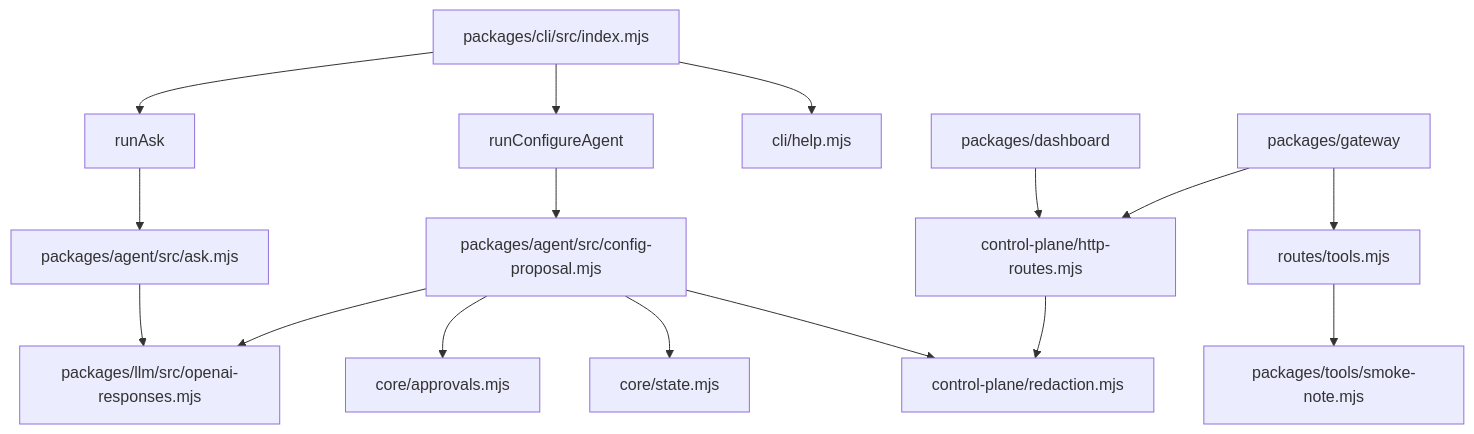
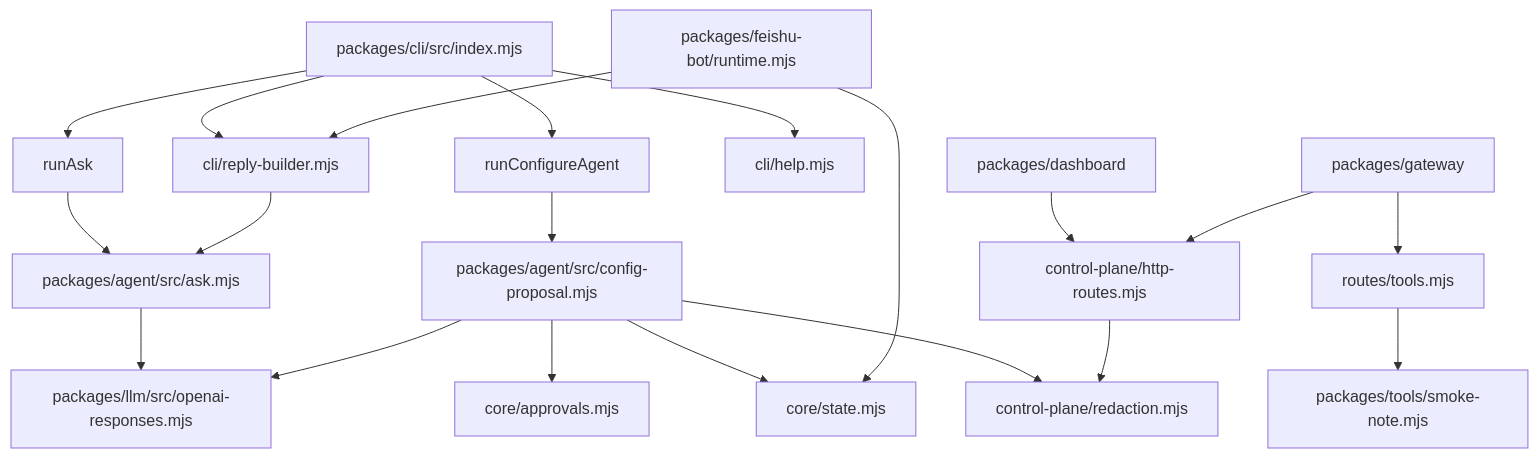
Before and after one commit to mayf3/myclaw: the third of 9 diagrams in docs/implementation-architecture.md, drawn with Mermaid. The commit also changed other lines of this file and 30 other files, not shown here.

Commit message:
feat: link feishu llm replies to ask runs

````diff
--- a/docs/implementation-architecture.md
+++ b/docs/implementation-architecture.md
@@ -85,18 +87,22 @@
 ```mermaid
 flowchart TB
   CLI["packages/cli/src/index.mjs"] --> AskCmd["runAsk"]
   CLI --> ConfigCmd["runConfigureAgent"]
+  CLI --> ReplyBuilder["cli/reply-builder.mjs"]
   CLI --> Help["cli/help.mjs"]
   AskCmd --> AgentAsk["packages/agent/src/ask.mjs"]
   ConfigCmd --> AgentConfig["packages/agent/src/config-proposal.mjs"]
   AgentAsk --> OpenAIAdapter["packages/llm/src/openai-responses.mjs"]
   AgentConfig --> OpenAIAdapter
   AgentConfig --> Approvals["core/approvals.mjs"]
   AgentConfig --> StateStore["core/state.mjs"]
   AgentConfig --> Redaction["control-plane/redaction.mjs"]
+  ReplyBuilder --> AgentAsk
+  FeishuBot["packages/feishu-bot/runtime.mjs"] --> ReplyBuilder
+  FeishuBot --> StateStore
   Dashboard["packages/dashboard"] --> ControlRoutes["control-plane/http-routes.mjs"]
   Gateway["packages/gateway"] --> ControlRoutes
   ControlRoutes --> Redaction
   Gateway --> ToolRoutes["routes/tools.mjs"]
   ToolRoutes --> SmokeTool["packages/tools/smoke-note.mjs"]
 ```
````
